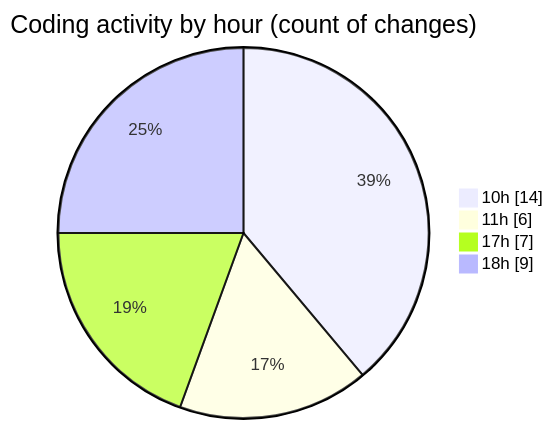
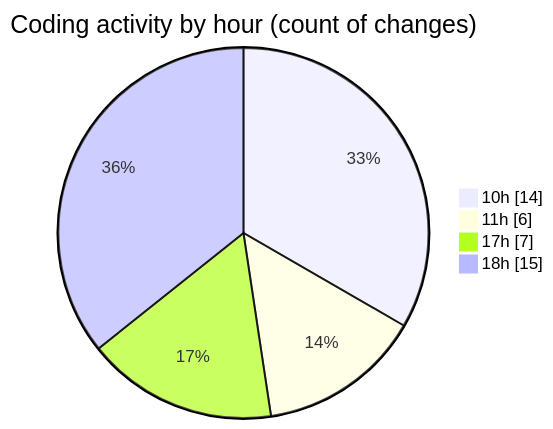
One commit to nxtqubesakshisongat/code-tracking changed the second of 2 diagrams in 2026-05-03/nxtqube_webapp/README.md. Above: the diagram before and after it, drawn with Mermaid. The commit also changed other lines of this file and 1 other file, not shown here.

````diff
--- a/2026-05-03/nxtqube_webapp/README.md
+++ b/2026-05-03/nxtqube_webapp/README.md
@@ -34,8 +34,8 @@
 ```mermaid
 pie showData
 title Coding activity by hour (count of changes)
 "10h" : 14
 "11h" : 6
 "17h" : 7
-"18h" : 9
+"18h" : 15
 ```
````
